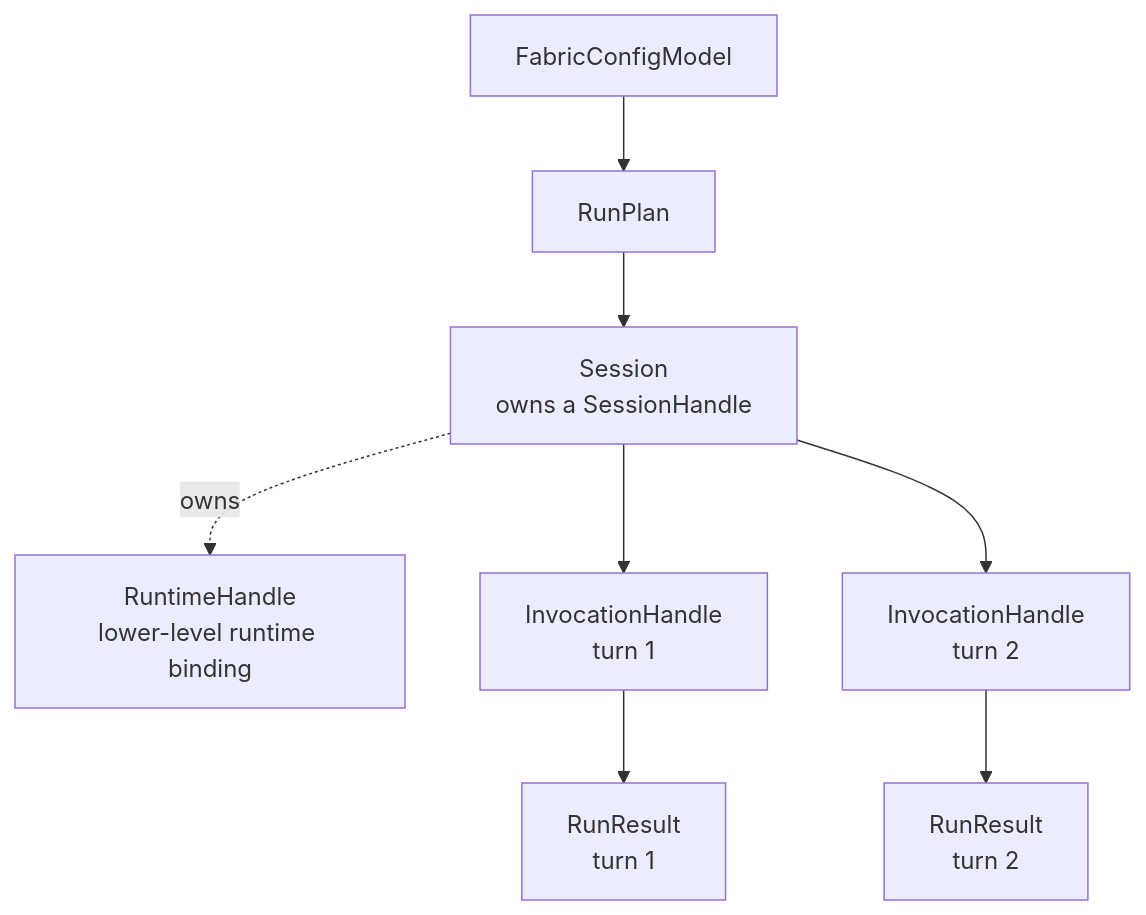
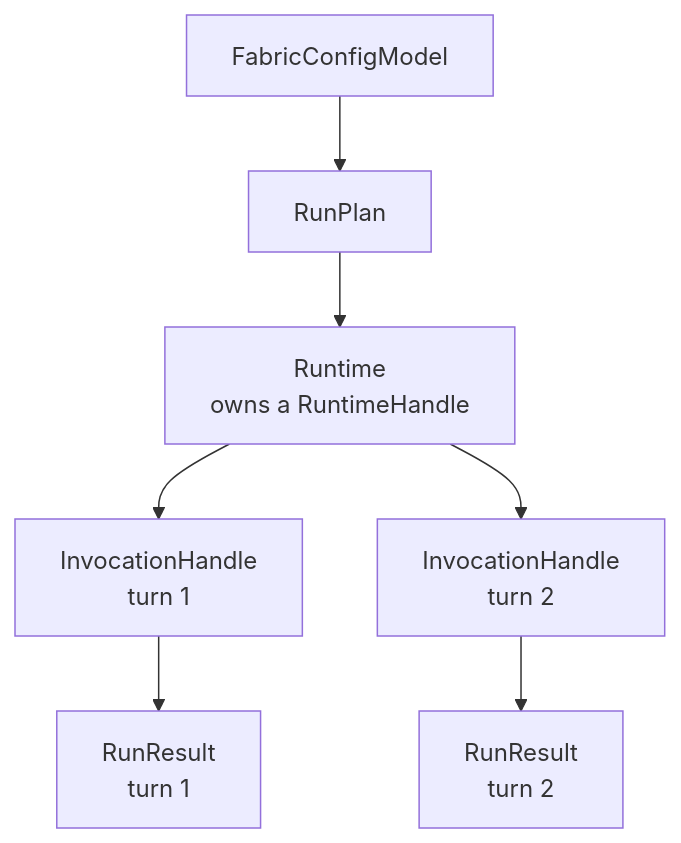
One commit to NVIDIA/NeMo-Fabric changed the diagram in docs/sdk/python.mdx. Above: the diagram before and after it, drawn with Mermaid. The commit also changed other lines of this file, not shown here.

Commit message:
Define runtime-only Python SDK model

````diff
--- a/docs/sdk/python.mdx
+++ b/docs/sdk/python.mdx
@@ -37,17 +37,15 @@
 ```mermaid
 flowchart TB
   Config["FabricConfigModel"]
   Plan["RunPlan"]
-  Session["Session<br/>owns a SessionHandle"]
-  Runtime["RuntimeHandle<br/>lower-level runtime binding"]
+  Runtime["Runtime<br/>owns a RuntimeHandle"]
   Invoke1["InvocationHandle<br/>turn 1"]
   Invoke2["InvocationHandle<br/>turn 2"]
   Result1["RunResult<br/>turn 1"]
   Result2["RunResult<br/>turn 2"]
 
   Config --> Plan
-  Plan --> Session
-  Session -. owns .-> Runtime
-  Session --> Invoke1 --> Result1
-  Session --> Invoke2 --> Result2
+  Plan --> Runtime
+  Runtime --> Invoke1 --> Result1
+  Runtime --> Invoke2 --> Result2
 ```
````
